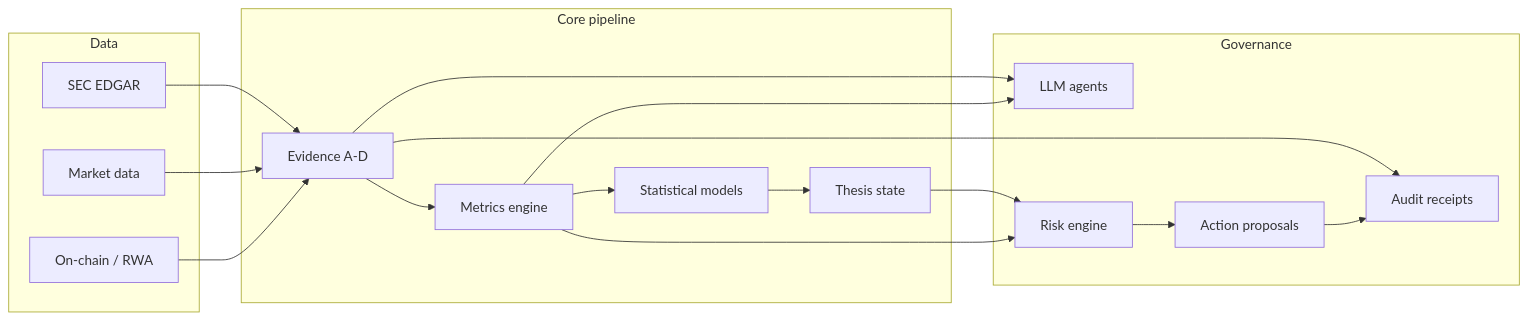
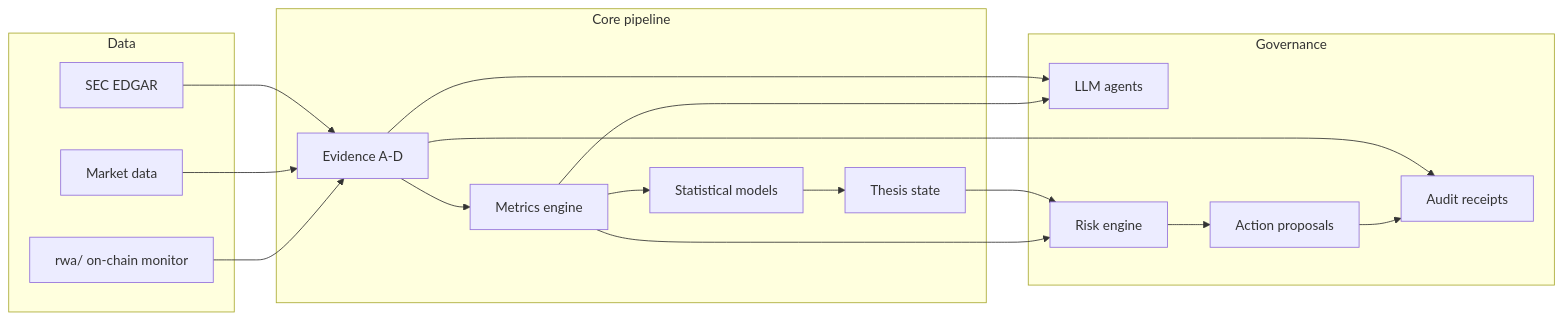
One commit to openjay/spacx-research changed the second of 2 diagrams in docs/ARCHITECTURE.md. Above: the diagram before and after it, drawn with Mermaid. The commit also changed other lines of this file and 5 other files, not shown here.

Commit message:
docs(rwa): Web3/RWA pre-layer strategy and roadmap

````diff
--- a/docs/ARCHITECTURE.md
+++ b/docs/ARCHITECTURE.md
@@ -34,33 +68,33 @@
 ```mermaid
 flowchart LR
   subgraph ingest [Data]
     SEC[SEC EDGAR]
     MKT[Market data]
-    CHAIN[On-chain / RWA]
+    CHAIN[rwa/ on-chain monitor]
   end
   subgraph core [Core pipeline]
     EV[Evidence A-D]
     MET[Metrics engine]
     STAT[Statistical models]
     TH[Thesis state]
   end
   subgraph govern [Governance]
     LLM[LLM agents]
     RSK[Risk engine]
     ACT[Action proposals]
     AUD[Audit receipts]
   end
   SEC --> EV
   MKT --> EV
   CHAIN --> EV
   EV --> MET
   MET --> STAT
   STAT --> TH
   EV --> LLM
   MET --> LLM
   TH --> RSK
   MET --> RSK
   RSK --> ACT
   EV --> AUD
   ACT --> AUD
 ```
````
